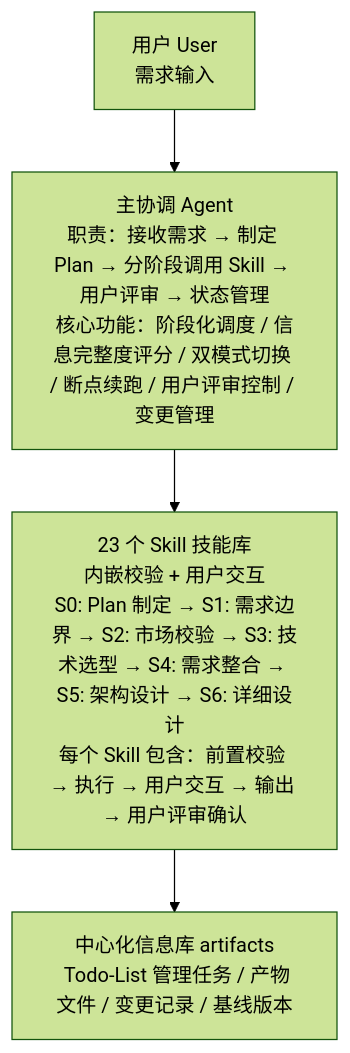
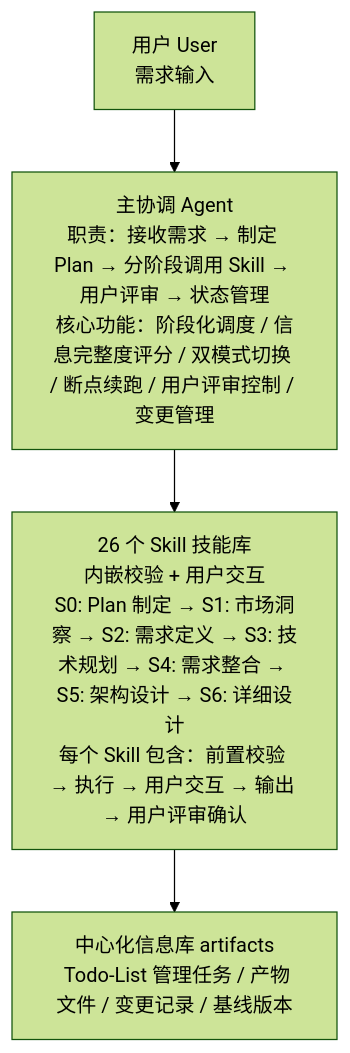
One commit to HeartFlying/swf changed the first of 10 diagrams in WORKFLOW.md. Above: the diagram before and after it, drawn with Mermaid (forest theme). The commit also changed other lines of this file and 89 other files, not shown here.

````diff
--- a/WORKFLOW.md
+++ b/WORKFLOW.md
@@ -20,6 +20,6 @@
 ```mermaid
 graph TD
     A[用户 User<br/>需求输入] --> B[主协调 Agent<br/>职责：接收需求 → 制定 Plan → 分阶段调用 Skill → 用户评审 → 状态管理<br/>核心功能：阶段化调度 / 信息完整度评分 / 双模式切换 / 断点续跑 / 用户评审控制 / 变更管理]
-    B --> C[23 个 Skill 技能库<br/>内嵌校验 + 用户交互<br/>S0: Plan 制定 → S1: 需求边界 → S2: 市场校验 → S3: 技术选型 → S4: 需求整合 → S5: 架构设计 → S6: 详细设计<br/>每个 Skill 包含：前置校验 → 执行 → 用户交互 → 输出 → 用户评审确认]
+    B --> C[26 个 Skill 技能库<br/>内嵌校验 + 用户交互<br/>S0: Plan 制定 → S1: 市场洞察 → S2: 需求定义 → S3: 技术规划 → S4: 需求整合 → S5: 架构设计 → S6: 详细设计<br/>每个 Skill 包含：前置校验 → 执行 → 用户交互 → 输出 → 用户评审确认]
     C --> D[中心化信息库 artifacts<br/> Todo-List 管理任务 / 产物文件 / 变更记录 / 基线版本]
 ```
````
